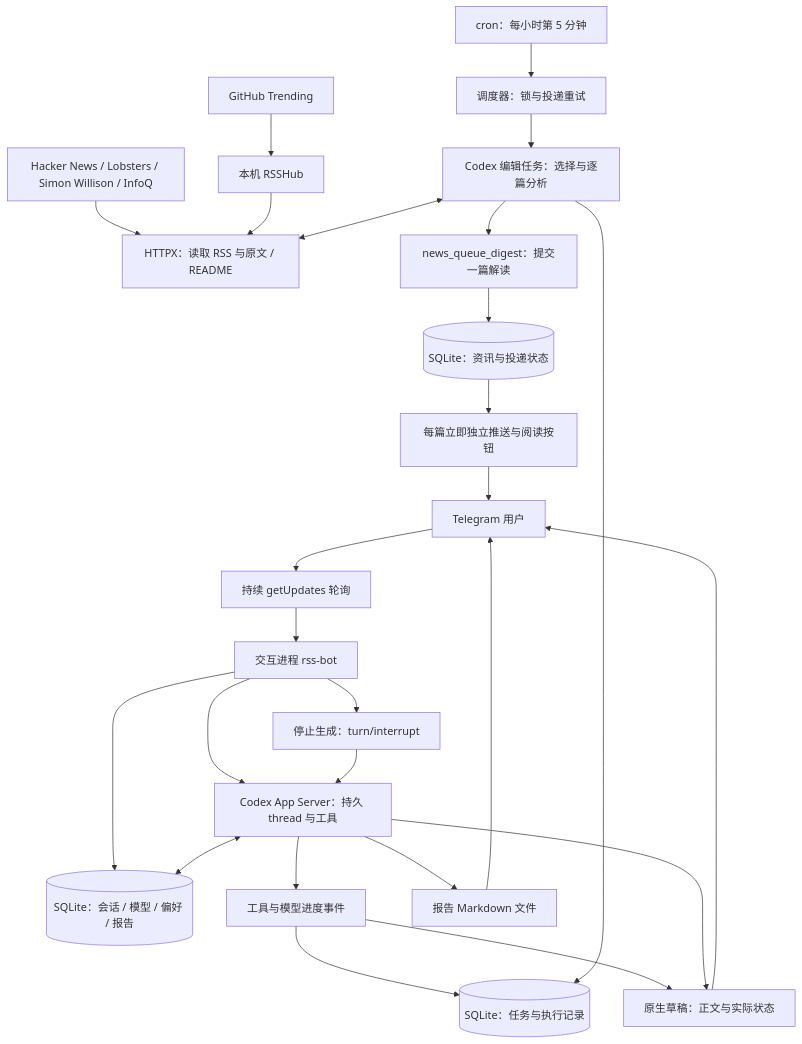
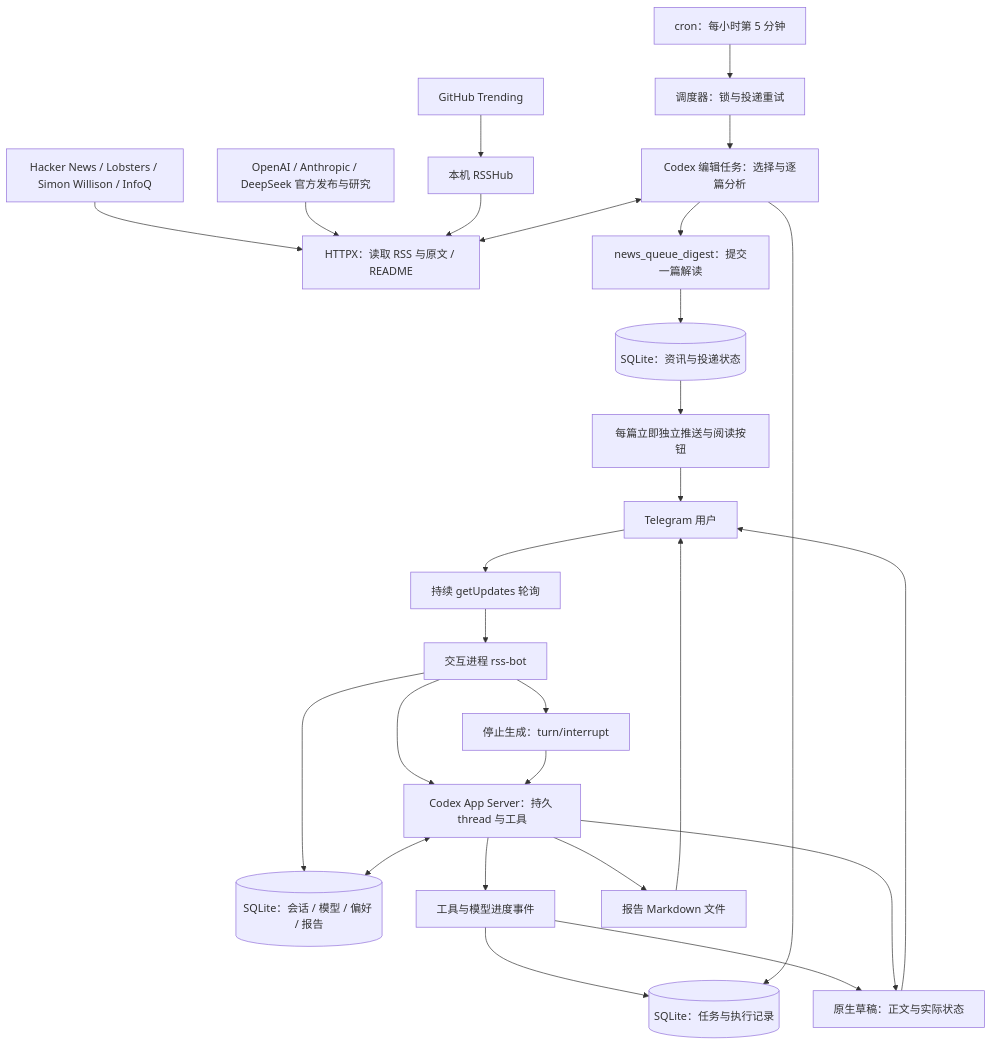
Before and after one commit to yitom486/rss-pipeline: the diagram in README.md, drawn with Mermaid. The commit also changed other lines of this file and 12 other files, not shown here.

````diff
--- a/README.md
+++ b/README.md
@@ -9,29 +9,30 @@
 ```mermaid
 flowchart TD
     Cron[cron：每小时第 5 分钟] --> Pipeline[调度器：锁与投递重试]
     Pipeline --> Editor[Codex 编辑任务：选择与逐篇分析]
     Sources[GitHub Trending] --> RSSHub[本机 RSSHub]
     Direct[Hacker News / Lobsters / Simon Willison / InfoQ] --> Fetch
+    Official[OpenAI / Anthropic / DeepSeek 官方发布与研究] --> Fetch
     RSSHub --> Fetch[HTTPX：读取 RSS 与原文 / README]
     Editor <--> Fetch
     Editor --> Submit[news_queue_digest：提交一篇解读]
     Submit --> Queue[(SQLite：资讯与投递状态)]
     Queue --> Delivery[每篇立即独立推送与阅读按钮]
     Delivery --> Telegram[Telegram 用户]
 
     Telegram --> Poll[持续 getUpdates 轮询]
     Poll --> Bot[交互进程 rss-bot]
     Bot --> State[(SQLite：会话 / 模型 / 偏好 / 报告)]
     Bot --> Agent[Codex App Server：持久 thread 与工具]
     Agent <--> State
     Agent --> Events[工具与模型进度事件]
     Events --> Trace[(SQLite：任务与执行记录)]
     Editor --> Trace
     Events --> Stream[原生草稿：正文与实际状态]
     Agent --> Stream
     Stream --> Telegram
     Agent --> Export[报告 Markdown 文件]
     Export --> Telegram
     Bot --> Interrupt[停止生成：turn/interrupt]
     Interrupt --> Agent
 ```
````
